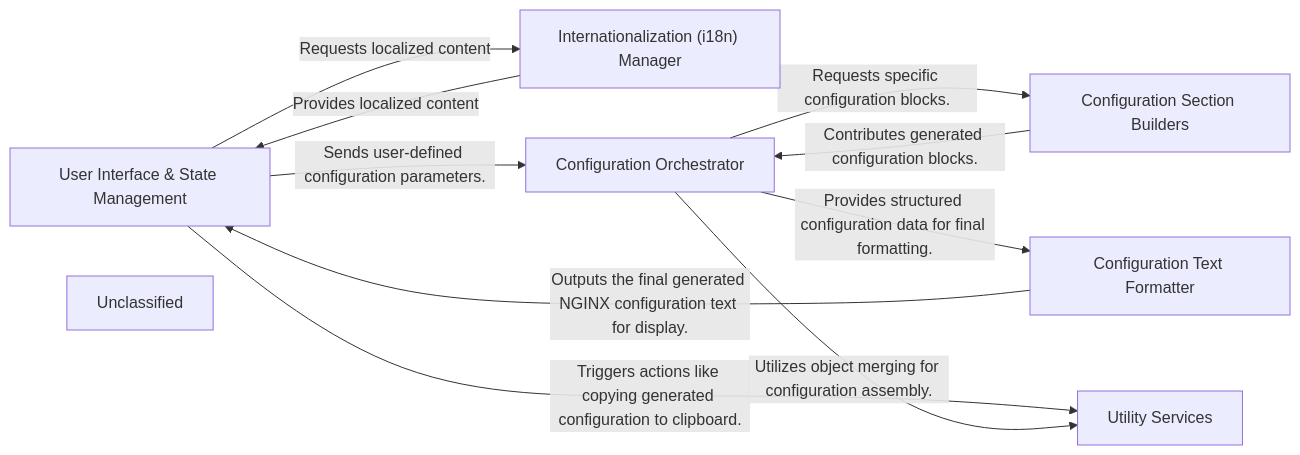
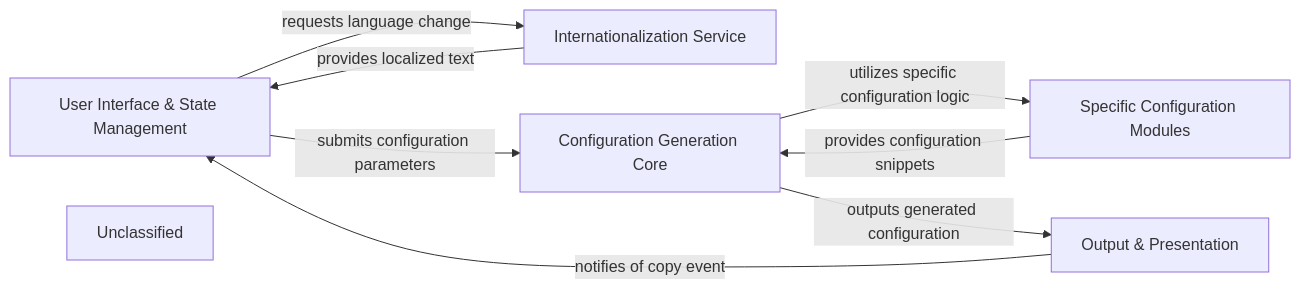
One commit to CodeBoarding/GeneratedOnBoardings changed the diagram in nginxconfig.io/on_boarding.md. Above: the diagram before and after it, drawn with Mermaid. The commit also changed other lines of this file and 3 other files, not shown here.

````diff
--- a/nginxconfig.io/on_boarding.md
+++ b/nginxconfig.io/on_boarding.md
@@ -1,22 +1,16 @@
 ```mermaid
 graph LR
     User_Interface_State_Management["User Interface & State Management"]
-    Internationalization_i18n_Manager["Internationalization (i18n) Manager"]
-    Configuration_Orchestrator["Configuration Orchestrator"]
-    Configuration_Section_Builders["Configuration Section Builders"]
-    Configuration_Text_Formatter["Configuration Text Formatter"]
-    Utility_Services["Utility Services"]
+    Internationalization_Service["Internationalization Service"]
+    Configuration_Generation_Core["Configuration Generation Core"]
+    Specific_Configuration_Modules["Specific Configuration Modules"]
+    Output_Presentation["Output & Presentation"]
     Unclassified["Unclassified"]
-    User_Interface_State_Management -- "Requests localized content" --> Internationalization_i18n_Manager
-    Internationalization_i18n_Manager -- "Provides localized content" --> User_Interface_State_Management
-    User_Interface_State_Management -- "Sends user-defined configuration parameters." --> Configuration_Orchestrator
-    User_Interface_State_Management -- "Triggers actions like copying generated configuration to clipboard." --> Utility_Services
-    Configuration_Orchestrator -- "Requests specific configuration blocks." --> Configuration_Section_Builders
-    Configuration_Section_Builders -- "Contributes generated configuration blocks." --> Configuration_Orchestrator
-    Configuration_Orchestrator -- "Provides structured configuration data for final formatting." --> Configuration_Text_Formatter
-    Configuration_Orchestrator -- "Utilizes object merging for configuration assembly." --> Utility_Services
-    Configuration_Text_Formatter -- "Outputs the final generated NGINX configuration text for display." --> User_Interface_State_Management
-    click User_Interface_State_Management href "https://github.com/CodeBoarding/GeneratedOnBoardings/blob/main/nginxconfig.io/User_Interface_State_Management.md" "Details"
-    click Internationalization_i18n_Manager href "https://github.com/CodeBoarding/GeneratedOnBoardings/blob/main/nginxconfig.io/Internationalization_i18n_Manager.md" "Details"
-    click Configuration_Orchestrator href "https://github.com/CodeBoarding/GeneratedOnBoardings/blob/main/nginxconfig.io/Configuration_Orchestrator.md" "Details"
+    User_Interface_State_Management -- "requests language change" --> Internationalization_Service
+    User_Interface_State_Management -- "submits configuration parameters" --> Configuration_Generation_Core
+    Internationalization_Service -- "provides localized text" --> User_Interface_State_Management
+    Configuration_Generation_Core -- "utilizes specific configuration logic" --> Specific_Configuration_Modules
+    Configuration_Generation_Core -- "outputs generated configuration" --> Output_Presentation
+    Specific_Configuration_Modules -- "provides configuration snippets" --> Configuration_Generation_Core
+    Output_Presentation -- "notifies of copy event" --> User_Interface_State_Management
 ```
````
